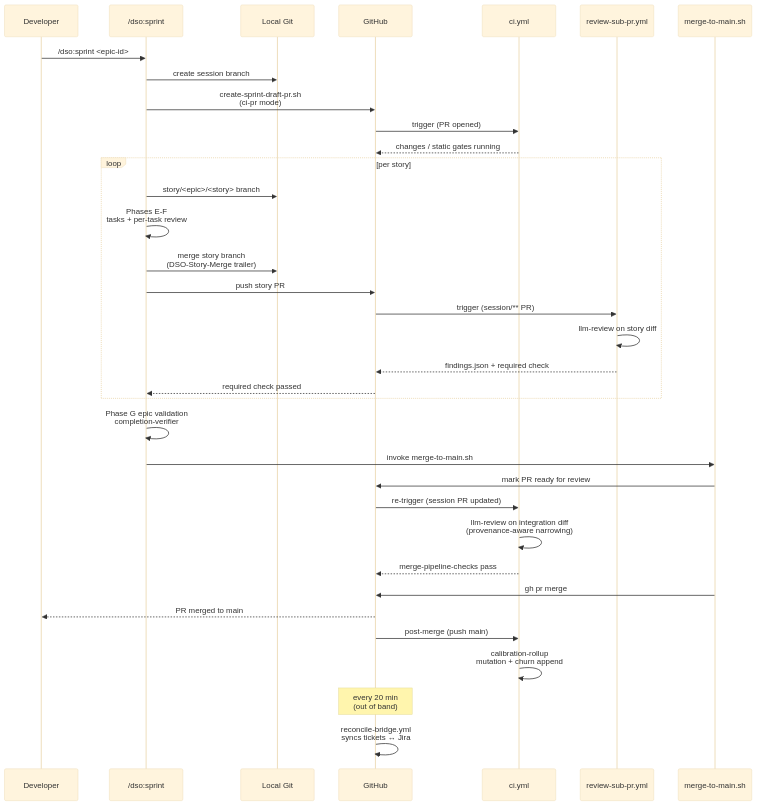
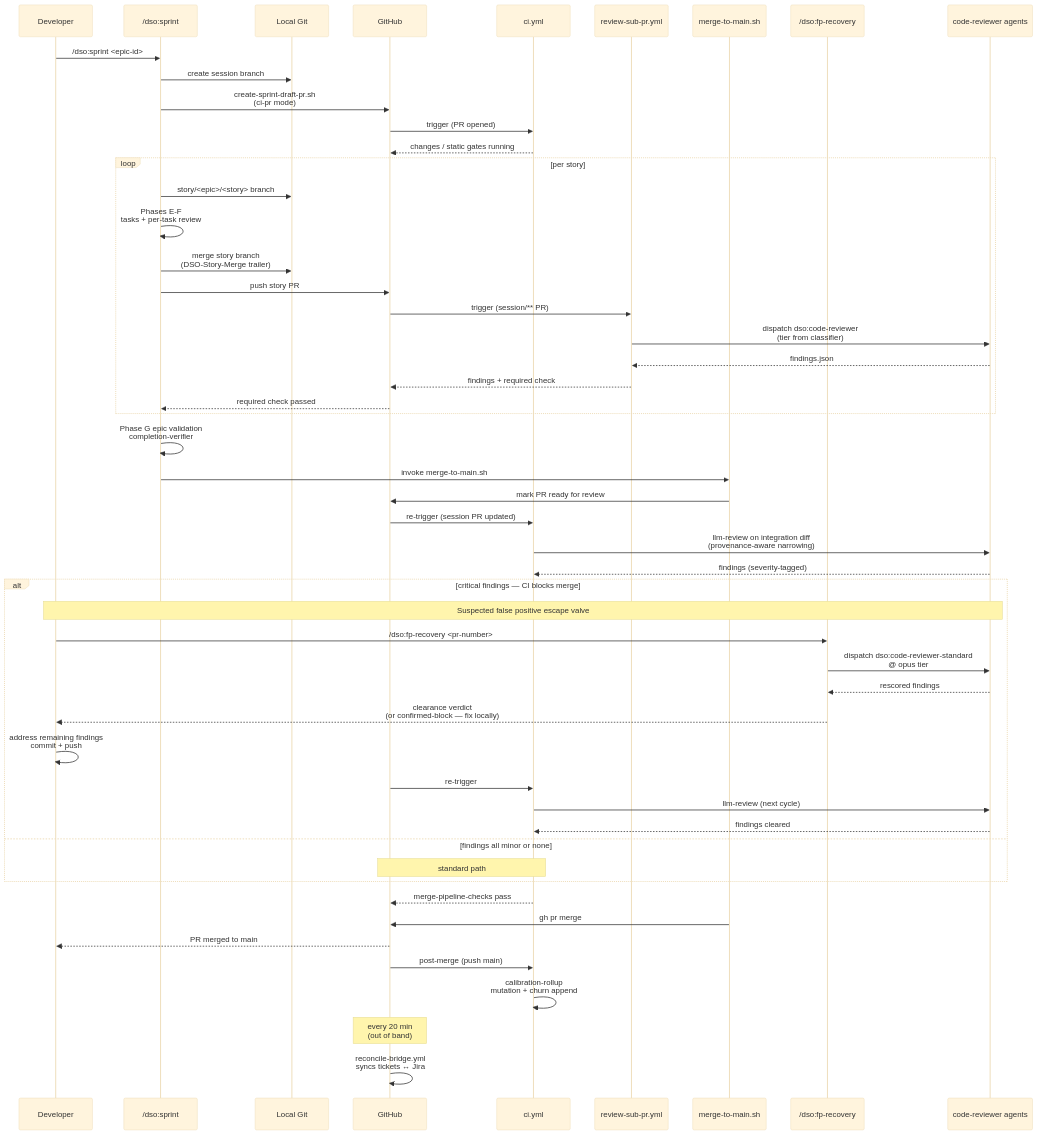
Diagram 14 of 14 in docs/architecture/dso-workflow-c4.md (navapbc/digital-service-orchestra), drawn with Mermaid (base theme) before and after one commit. The commit also changed other lines of this file, not shown here.

First line of the commit message:
docs: add skill entry decision tree + review/gate timeline + FP-recovery branch

````diff
--- a/docs/architecture/dso-workflow-c4.md
+++ b/docs/architecture/dso-workflow-c4.md
@@ -946,42 +1103,61 @@
 ```mermaid
 sequenceDiagram
   participant Dev as Developer
   participant Sprint as /dso:sprint
   participant Git as Local Git
   participant GH as GitHub
   participant CI as ci.yml
   participant SubPR as review-sub-pr.yml
   participant Merge as merge-to-main.sh
+  participant FP as /dso:fp-recovery
+  participant Agents as code-reviewer agents
 
   Dev->>Sprint: /dso:sprint <epic-id>
   Sprint->>Git: create session branch
   Sprint->>GH: create-sprint-draft-pr.sh<br/>(ci-pr mode)
   GH->>CI: trigger (PR opened)
   CI-->>GH: changes / static gates running
 
   loop per story
     Sprint->>Git: story/<epic>/<story> branch
     Sprint->>Sprint: Phases E-F<br/>tasks + per-task review
     Sprint->>Git: merge story branch<br/>(DSO-Story-Merge trailer)
     Sprint->>GH: push story PR
     GH->>SubPR: trigger (session/** PR)
-    SubPR->>SubPR: llm-review on story diff
-    SubPR-->>GH: findings.json + required check
+    SubPR->>Agents: dispatch dso:code-reviewer<br/>(tier from classifier)
+    Agents-->>SubPR: findings.json
+    SubPR-->>GH: findings + required check
     GH-->>Sprint: required check passed
   end
 
   Sprint->>Sprint: Phase G epic validation<br/>completion-verifier
   Sprint->>Merge: invoke merge-to-main.sh
   Merge->>GH: mark PR ready for review
   GH->>CI: re-trigger (session PR updated)
-  CI->>CI: llm-review on integration diff<br/>(provenance-aware narrowing)
+  CI->>Agents: llm-review on integration diff<br/>(provenance-aware narrowing)
+  Agents-->>CI: findings (severity-tagged)
+
+  alt critical findings — CI blocks merge
+    Note over Dev,Agents: Suspected false positive escape valve
+    Dev->>FP: /dso:fp-recovery <pr-number>
+    FP->>Agents: dispatch dso:code-reviewer-standard<br/>@ opus tier
+    Agents-->>FP: rescored findings
+    FP-->>Dev: clearance verdict<br/>(or confirmed-block — fix locally)
+    Dev->>Dev: address remaining findings<br/>commit + push
+    GH->>CI: re-trigger
+    CI->>Agents: llm-review (next cycle)
+    Agents-->>CI: findings cleared
+  else findings all minor or none
+    Note over CI,GH: standard path
+  end
+
   CI-->>GH: merge-pipeline-checks pass
   Merge->>GH: gh pr merge
   GH-->>Dev: PR merged to main
 
   GH->>CI: post-merge (push main)
   CI->>CI: calibration-rollup<br/>mutation + churn append
 
   Note over GH: every 20 min<br/>(out of band)
   GH->>GH: reconcile-bridge.yml<br/>syncs tickets ↔ Jira
 ```
````
